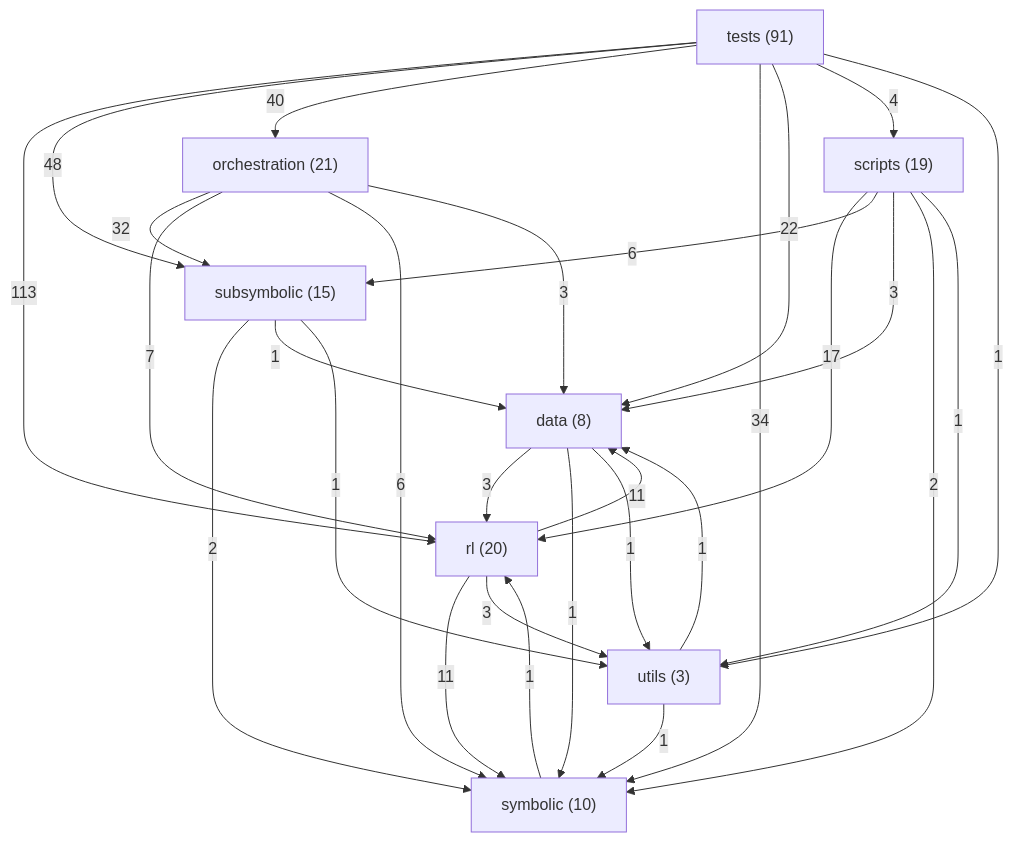
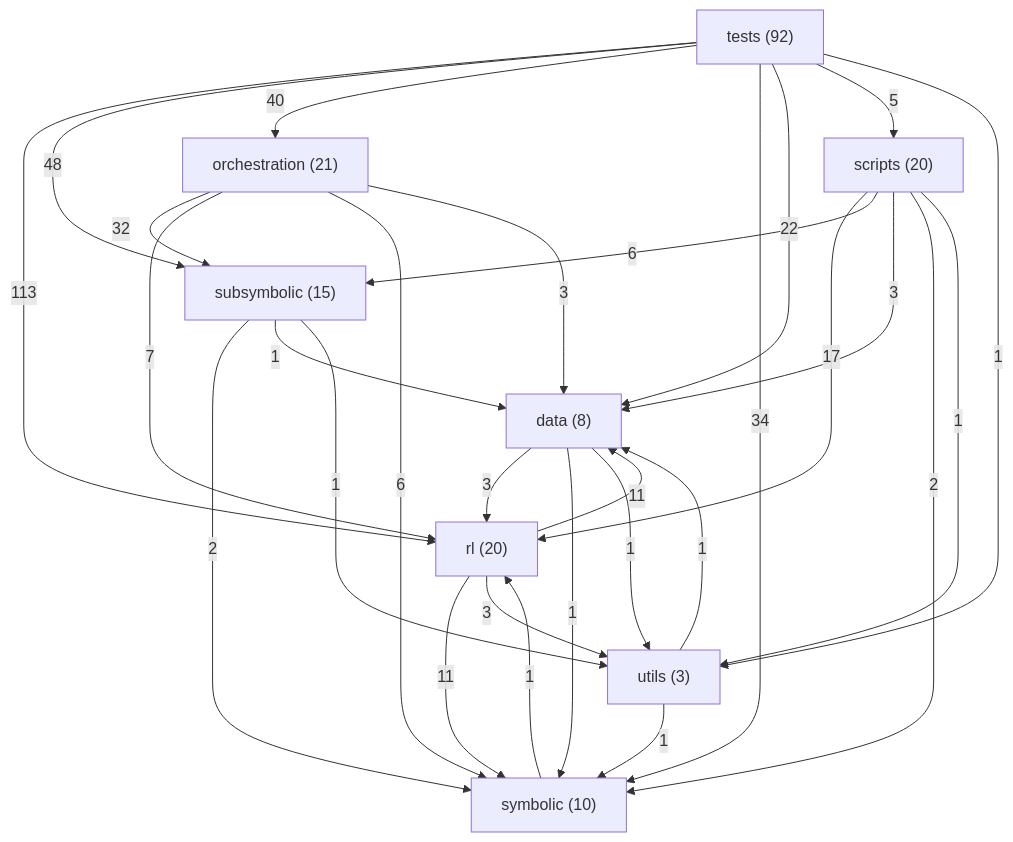
One commit to danrd/ARC-AGI changed the diagram in ARCHITECTURE.md. Above: the diagram before and after it, drawn with Mermaid. The commit also changed other lines of this file and 3 other files, not shown here.

````diff
--- a/ARCHITECTURE.md
+++ b/ARCHITECTURE.md
@@ -211,39 +211,39 @@
 ```mermaid
 graph TD
   data["data (8)"]
   orchestration["orchestration (21)"]
   rl["rl (20)"]
-  scripts["scripts (19)"]
+  scripts["scripts (20)"]
   subsymbolic["subsymbolic (15)"]
   symbolic["symbolic (10)"]
-  tests["tests (91)"]
+  tests["tests (92)"]
   utils["utils (3)"]
   tests -->|113| rl
   tests -->|48| subsymbolic
   tests -->|40| orchestration
   tests -->|34| symbolic
   orchestration -->|32| subsymbolic
   tests -->|22| data
   scripts -->|17| rl
   rl -->|11| data
   rl -->|11| symbolic
   orchestration -->|7| rl
   orchestration -->|6| symbolic
   scripts -->|6| subsymbolic
-  tests -->|4| scripts
+  tests -->|5| scripts
   data -->|3| rl
   orchestration -->|3| data
   rl -->|3| utils
   scripts -->|3| data
   scripts -->|2| symbolic
   subsymbolic -->|2| symbolic
   data -->|1| symbolic
   data -->|1| utils
   scripts -->|1| utils
   subsymbolic -->|1| data
   subsymbolic -->|1| utils
   symbolic -->|1| rl
   tests -->|1| utils
   utils -->|1| data
   utils -->|1| symbolic
 ```
````
